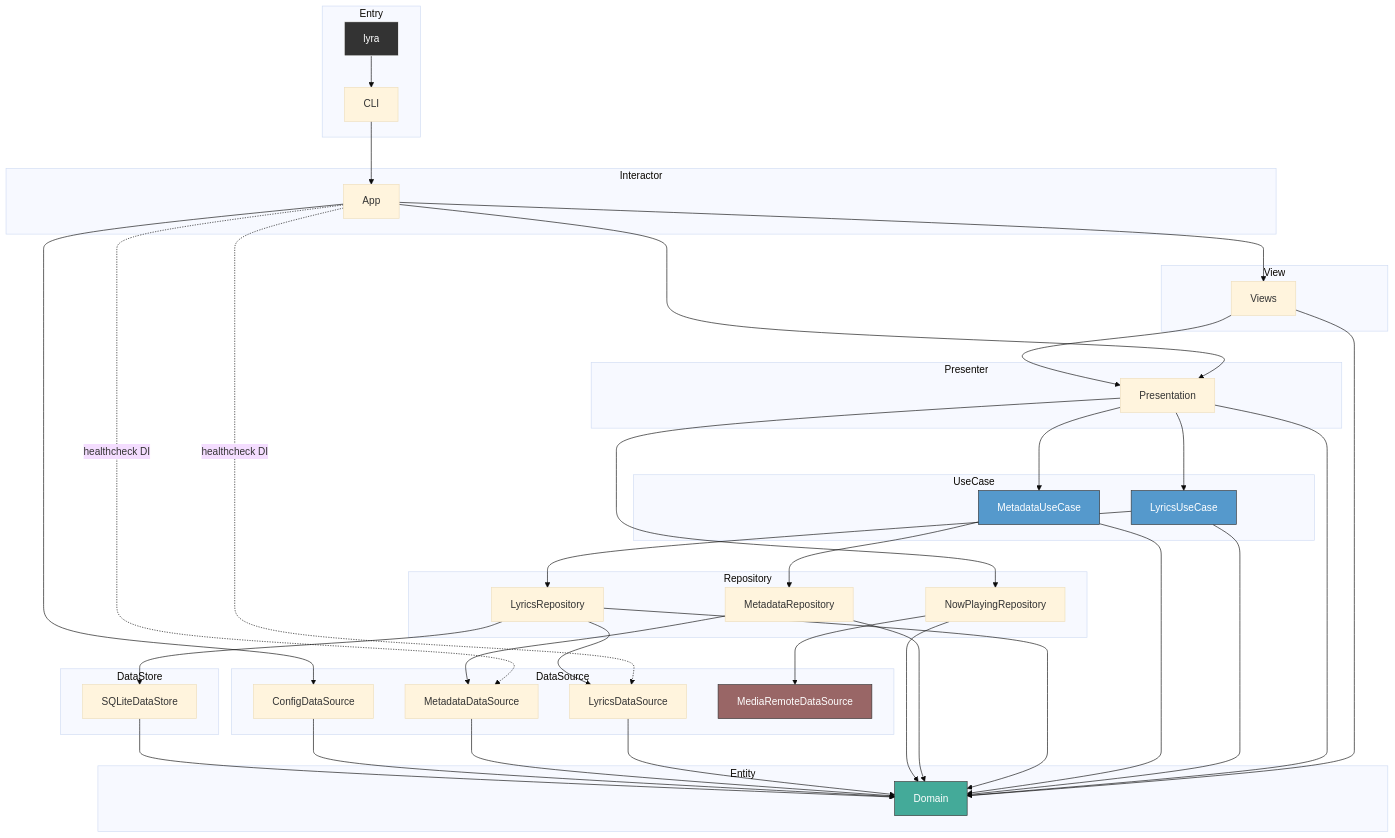
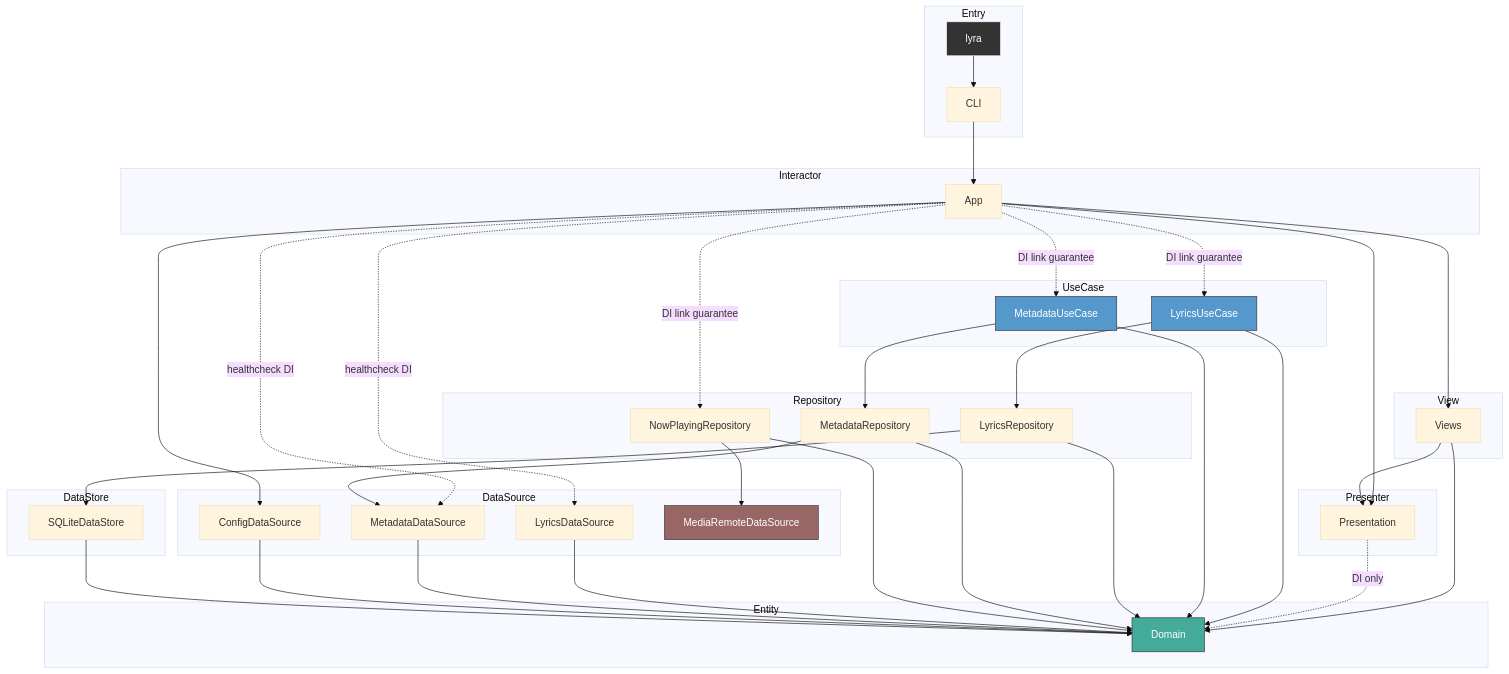
One commit to GeneralD/lyra changed the diagram in CLAUDE.md. Above: the diagram before and after it, drawn with Mermaid (base theme).

Commit message:
docs: update dependency graph to reflect DI-only relationships
Presentation → UseCase/Repository の直接依存をDI only (破線)に更新。
LyricsRepository → LyricsDataSource の直接依存を削除（DI経由）。
App のDIリンク保証依存を明示。

````diff
--- a/CLAUDE.md
+++ b/CLAUDE.md
@@ -22,67 +22,68 @@
 ```mermaid
 graph TD
     subgraph Entry
         lyra[lyra]
         CLI[CLI]
     end
 
     subgraph View
         Views[Views]
     end
 
     subgraph Interactor
         App[App]
     end
 
     subgraph Presenter
         Presentation[Presentation]
     end
 
     subgraph Entity
         Domain[Domain]
     end
 
     subgraph UseCase
         LyricsUseCase[LyricsUseCase]
         MetadataUseCase[MetadataUseCase]
     end
 
     subgraph Repository
         LyricsRepository[LyricsRepository]
         MetadataRepository[MetadataRepository]
         NowPlayingRepository[NowPlayingRepository]
     end
 
     subgraph DataSource
         LyricsDataSource[LyricsDataSource]
         MetadataDataSource[MetadataDataSource]
         ConfigDataSource[ConfigDataSource]
         MediaRemoteDataSource[MediaRemoteDataSource]
     end
 
     subgraph DataStore
         SQLiteDataStore[SQLiteDataStore]
     end
 
     lyra --> CLI
     CLI --> App
     App --> Views & Presentation & ConfigDataSource
+    App -.->|DI link guarantee| LyricsUseCase & MetadataUseCase & NowPlayingRepository
     App -.->|healthcheck DI| LyricsDataSource & MetadataDataSource
     Views --> Presentation & Domain
-    Presentation --> LyricsUseCase & MetadataUseCase & NowPlayingRepository & Domain
+    Presentation -.->|DI only| Domain
     LyricsUseCase --> LyricsRepository & Domain
     MetadataUseCase --> MetadataRepository & Domain
-    LyricsRepository --> LyricsDataSource & SQLiteDataStore & Domain
+    LyricsRepository --> SQLiteDataStore & Domain
     MetadataRepository --> MetadataDataSource & Domain
     NowPlayingRepository --> MediaRemoteDataSource & Domain
     LyricsDataSource --> Domain
     MetadataDataSource --> Domain
     ConfigDataSource --> Domain
     SQLiteDataStore --> Domain
 
     style Domain fill:#4a9,stroke:#333,color:#fff
     style LyricsUseCase fill:#59c,stroke:#333,color:#fff
     style MetadataUseCase fill:#59c,stroke:#333,color:#fff
     style MediaRemoteDataSource fill:#966,stroke:#333,color:#fff
     style lyra fill:#333,stroke:#fff,color:#fff
 ```
````
